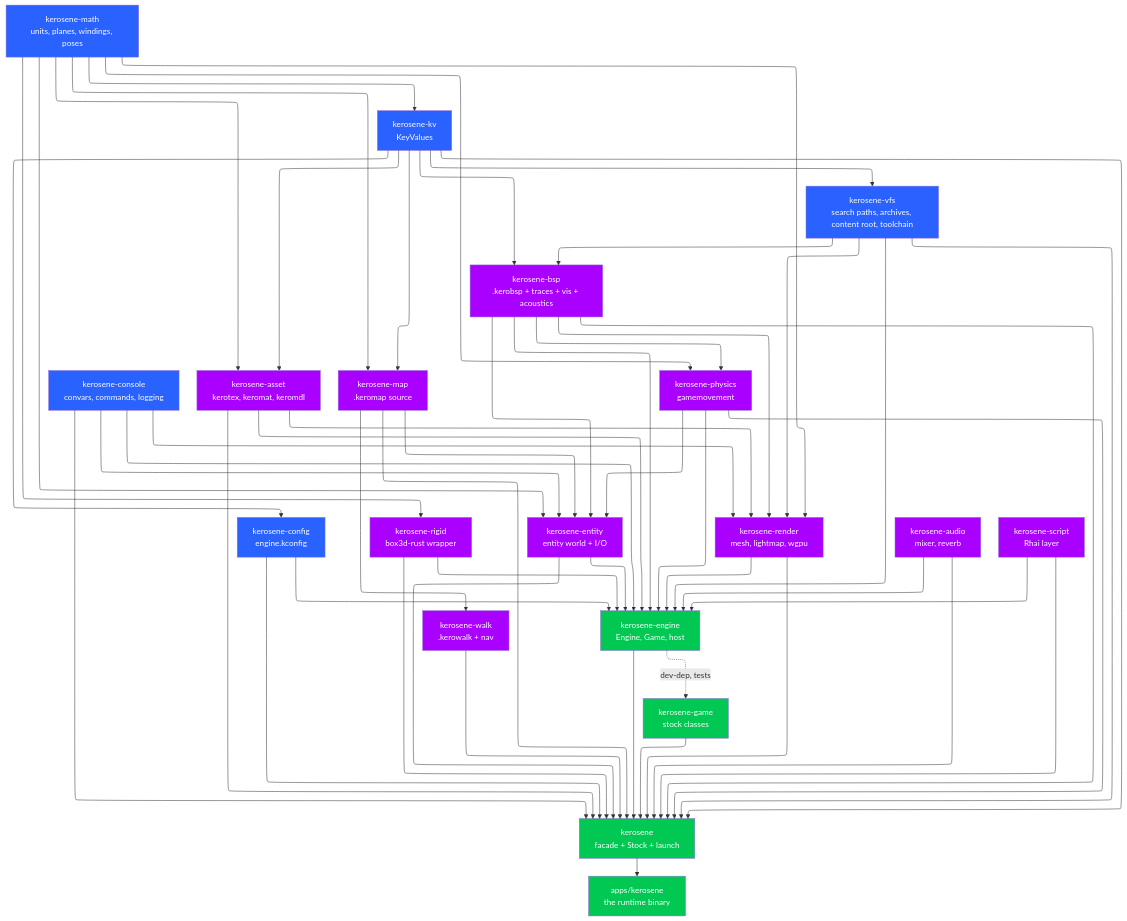
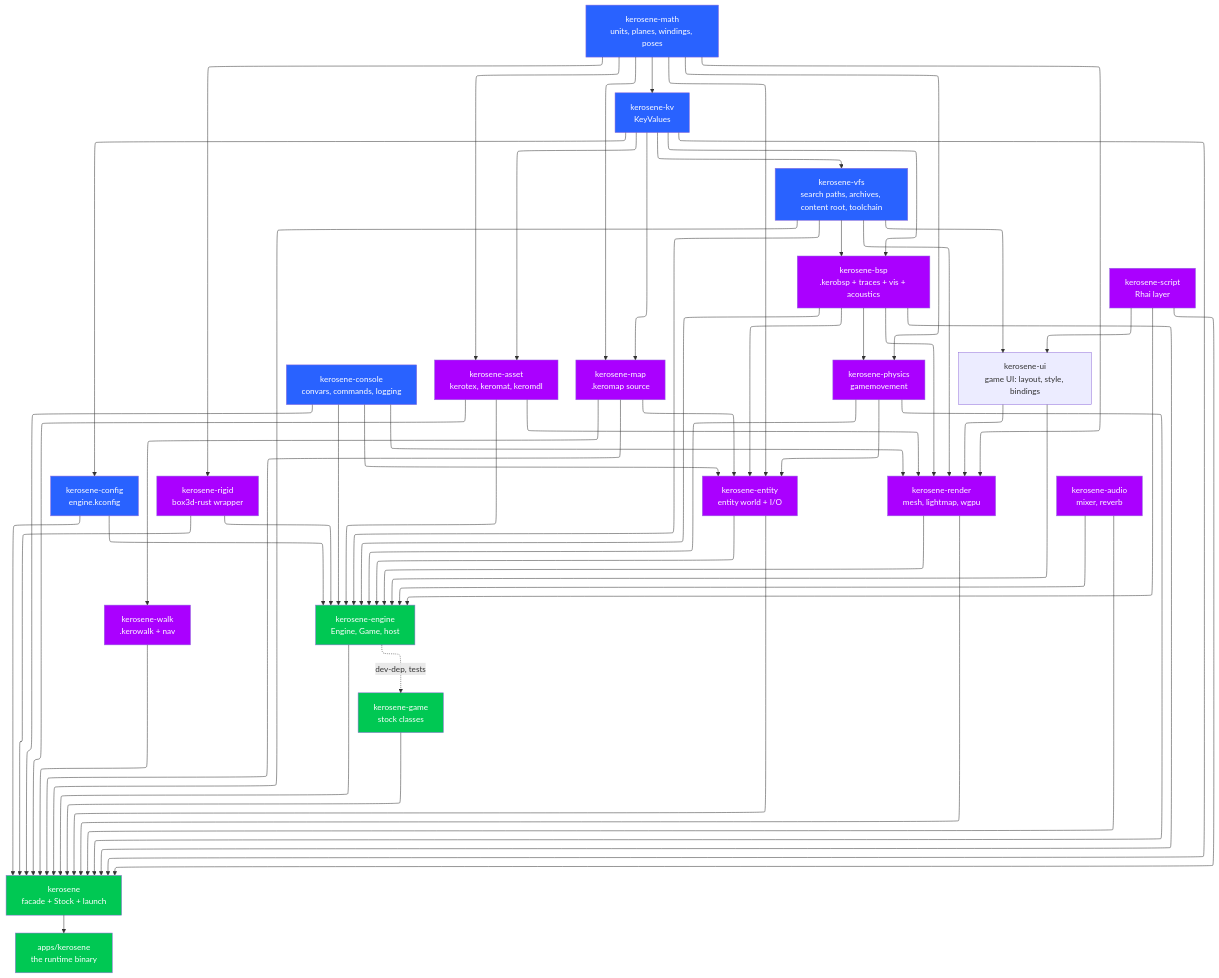
One commit to T342guy/Kerosene changed the first of 3 diagrams in src/devnotes/crate-map.md. Above: the diagram before and after it, drawn with Mermaid. The commit also changed other lines of this file and 120 other files, not shown here.

```diff
--- a/src/devnotes/crate-map.md
+++ b/src/devnotes/crate-map.md
@@ -29,6 +29,7 @@
     game["kerosene-game<br/>stock classes"]
     audio["kerosene-audio<br/>mixer, reverb"]
     script["kerosene-script<br/>Rhai layer"]
+    ui["kerosene-ui<br/>game UI: layout, style, bindings"]
     facade["kerosene<br/>facade + Stock + launch"]
     runtime["apps/kerosene<br/>the runtime binary"]
 
@@ -66,6 +67,10 @@
     render --> engine
     audio --> engine
     script --> engine
+    script --> ui
+    vfs --> ui
+    ui --> render
+    ui --> engine
     engine -. "dev-dep, tests" .-> game
     engine --> facade
     game --> facade
```
